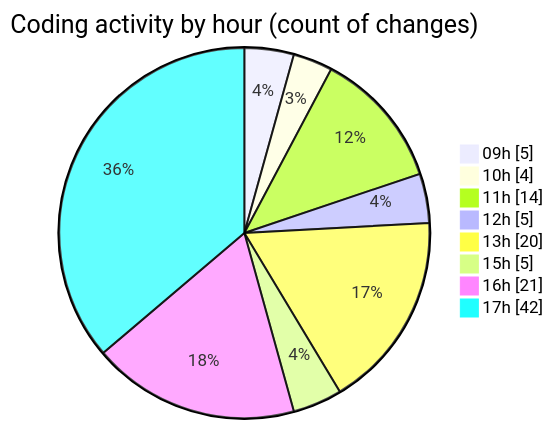
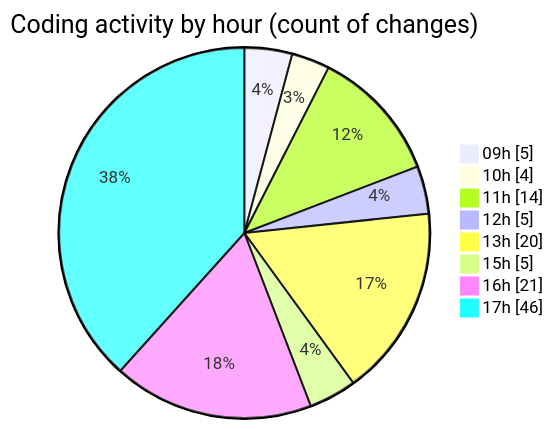
Before and after one commit to momahboobian/code-tracking: the second of 2 diagrams in 2025-09-11/cda/README.md, drawn with Mermaid. The commit also changed other lines of this file and 1 other file, not shown here.

````diff
--- a/2025-09-11/cda/README.md
+++ b/2025-09-11/cda/README.md
@@ -40,12 +41,12 @@
 ```mermaid
 pie showData
 title Coding activity by hour (count of changes)
 "09h" : 5
 "10h" : 4
 "11h" : 14
 "12h" : 5
 "13h" : 20
 "15h" : 5
 "16h" : 21
-"17h" : 42
+"17h" : 46
 ```
````
